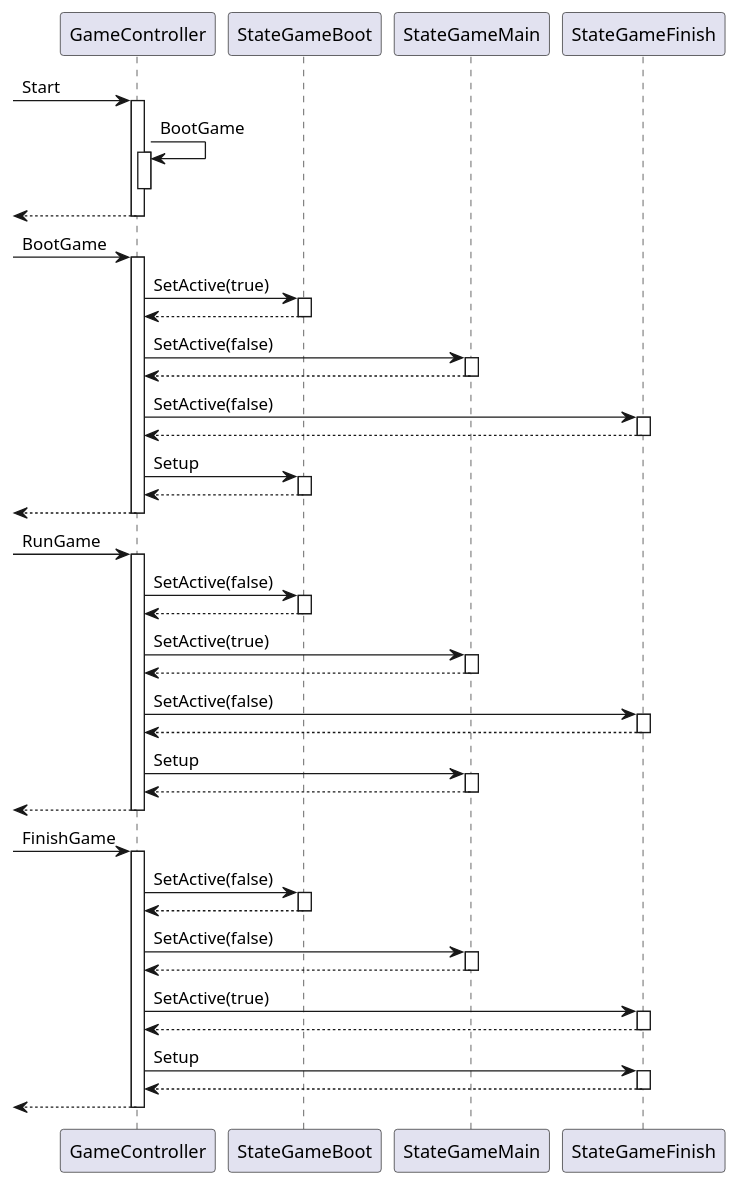
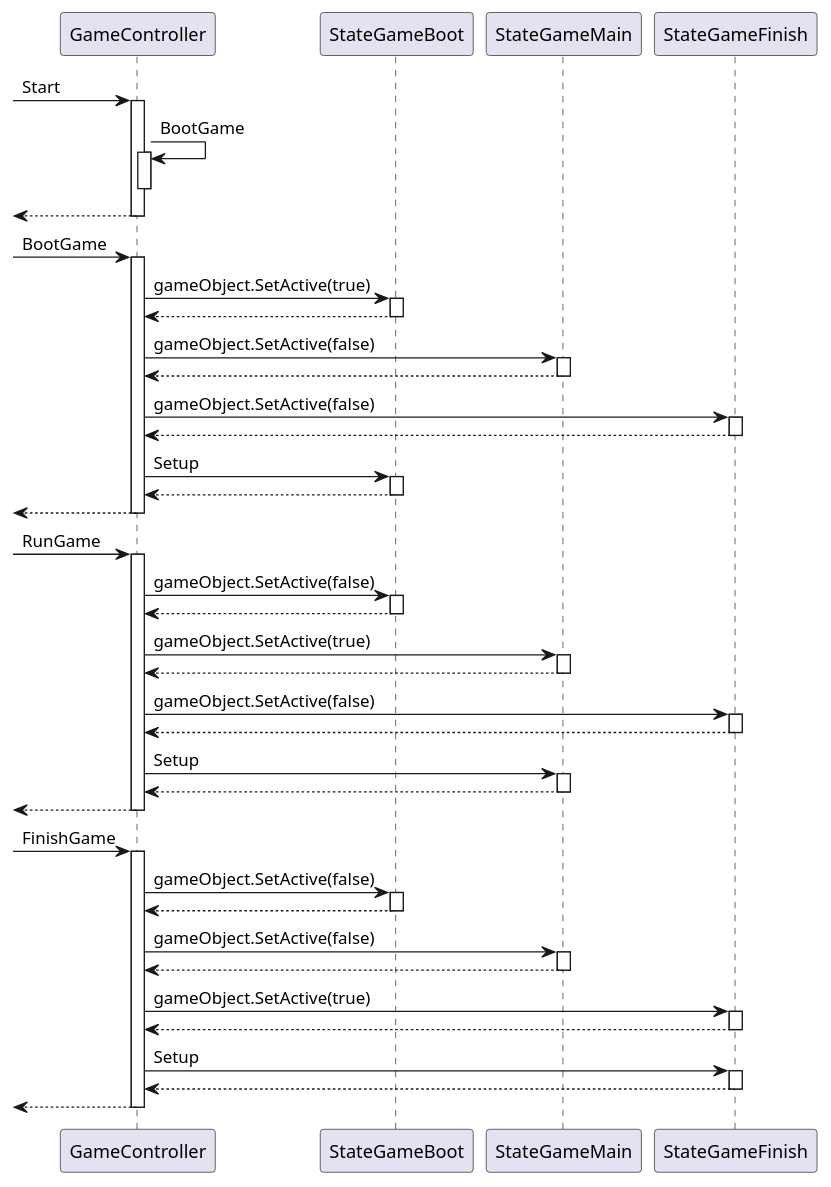
One commit to azarashin/UnityTetris changed the diagram in Documents/PlantUML/SD_GameController.pu. Above: the diagram before and after it, drawn with PlantUML. The commit also changed 7 other files, not shown here.

Commit message:
設計図を更新・修正。

```diff
--- a/Documents/PlantUML/SD_GameController.pu
+++ b/Documents/PlantUML/SD_GameController.pu
@@ -1,77 +1,77 @@
 @startuml
 
 [-> GameController : Start
 activate GameController
     GameController -> GameController : BootGame
     activate GameController
     deactivate GameController
 [<-- GameController
 deactivate GameController
 
 [-> GameController : BootGame
 activate GameController
-    GameController -> StateGameBoot : SetActive(true)
+    GameController -> StateGameBoot : gameObject.SetActive(true)
     activate StateGameBoot
         GameController <-- StateGameBoot
     deactivate StateGameBoot
-    GameController -> StateGameMain : SetActive(false)
+    GameController -> StateGameMain : gameObject.SetActive(false)
     activate StateGameMain
         GameController <-- StateGameMain
     deactivate StateGameMain
-    GameController -> StateGameFinish : SetActive(false)
+    GameController -> StateGameFinish : gameObject.SetActive(false)
     activate StateGameFinish
         GameController <-- StateGameFinish
     deactivate StateGameFinish
 
     GameController -> StateGameBoot : Setup
     activate StateGameBoot
         GameController <-- StateGameBoot
     deactivate StateGameBoot
 [<-- GameController
 deactivate GameController
 
 [-> GameController : RunGame
 activate GameController
-    GameController -> StateGameBoot : SetActive(false)
+    GameController -> StateGameBoot : gameObject.SetActive(false)
     activate StateGameBoot
         GameController <-- StateGameBoot
     deactivate StateGameBoot
-    GameController -> StateGameMain : SetActive(true)
+    GameController -> StateGameMain : gameObject.SetActive(true)
     activate StateGameMain
         GameController <-- StateGameMain
     deactivate StateGameMain
-    GameController -> StateGameFinish : SetActive(false)
+    GameController -> StateGameFinish : gameObject.SetActive(false)
     activate StateGameFinish
         GameController <-- StateGameFinish
     deactivate StateGameFinish
 
     GameController -> StateGameMain : Setup
     activate StateGameMain
         GameController <-- StateGameMain
     deactivate StateGameMain
 [<-- GameController
 deactivate GameController
 
 [-> GameController : FinishGame
 activate GameController
-    GameController -> StateGameBoot : SetActive(false)
+    GameController -> StateGameBoot : gameObject.SetActive(false)
     activate StateGameBoot
         GameController <-- StateGameBoot
     deactivate StateGameBoot
-    GameController -> StateGameMain : SetActive(false)
+    GameController -> StateGameMain : gameObject.SetActive(false)
     activate StateGameMain
         GameController <-- StateGameMain
     deactivate StateGameMain
-    GameController -> StateGameFinish : SetActive(true)
+    GameController -> StateGameFinish : gameObject.SetActive(true)
     activate StateGameFinish
         GameController <-- StateGameFinish
     deactivate StateGameFinish
 
     GameController -> StateGameFinish : Setup
     activate StateGameFinish
         GameController <-- StateGameFinish
     deactivate StateGameFinish
 [<-- GameController
 deactivate GameController
 
 @enduml
```
